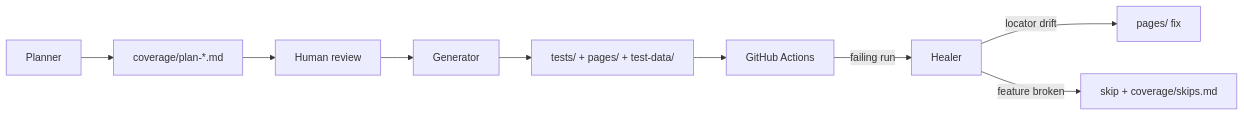
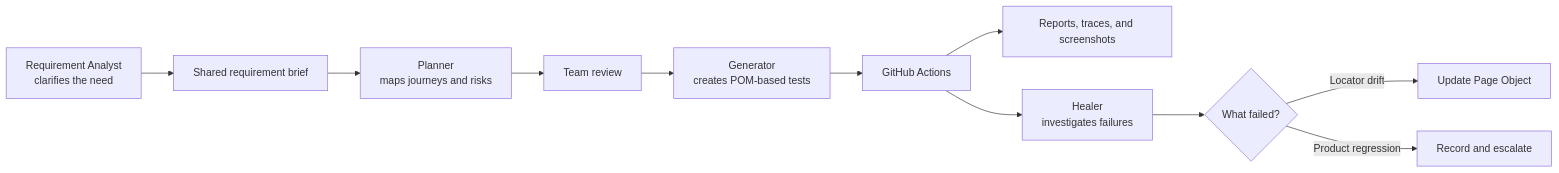
The diagram in README.md (terese-emel/qa-playwright), drawn with Mermaid before and after one commit. The commit also changed other lines of this file, not shown here.

````diff
--- a/README.md
+++ b/README.md
@@ -30,11 +24,13 @@
 ```mermaid
 flowchart LR
-    Planner --> Plan[coverage/plan-*.md]
-    Plan --> HumanReview[Human review]
-    HumanReview --> Generator
-    Generator --> Tests[tests/ + pages/ + test-data/]
-    Tests --> CI[GitHub Actions]
-    CI -- failing run --> Healer
-    Healer -- locator drift --> Pages[pages/ fix]
-    Healer -- feature broken --> Skip[skip + coverage/skips.md]
+    Requirement[Requirement Analyst<br/>clarifies the need] --> Brief[Shared requirement brief]
+    Brief --> Planner[Planner<br/>maps journeys and risks]
+    Planner --> Review[Team review]
+    Review --> Generator[Generator<br/>creates POM-based tests]
+    Generator --> CI[GitHub Actions]
+    CI --> Evidence[Reports, traces, and screenshots]
+    CI --> Healer[Healer<br/>investigates failures]
+    Healer --> Decision{What failed?}
+    Decision -->|Locator drift| PageObject[Update Page Object]
+    Decision -->|Product regression| Regression[Record and escalate]
 ```
````
